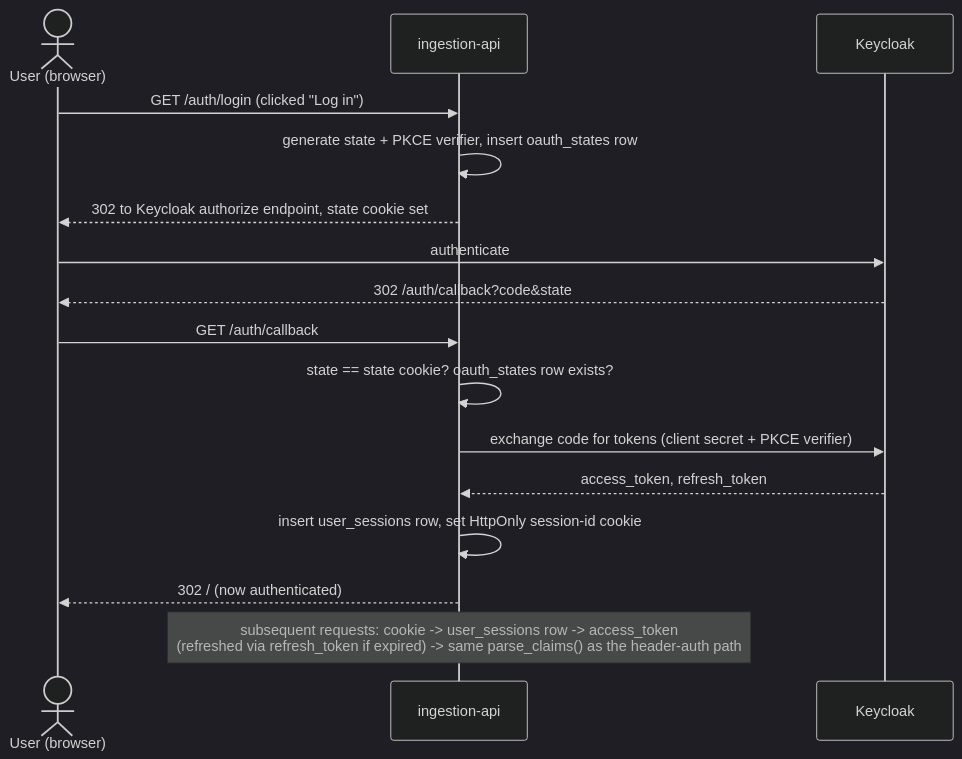
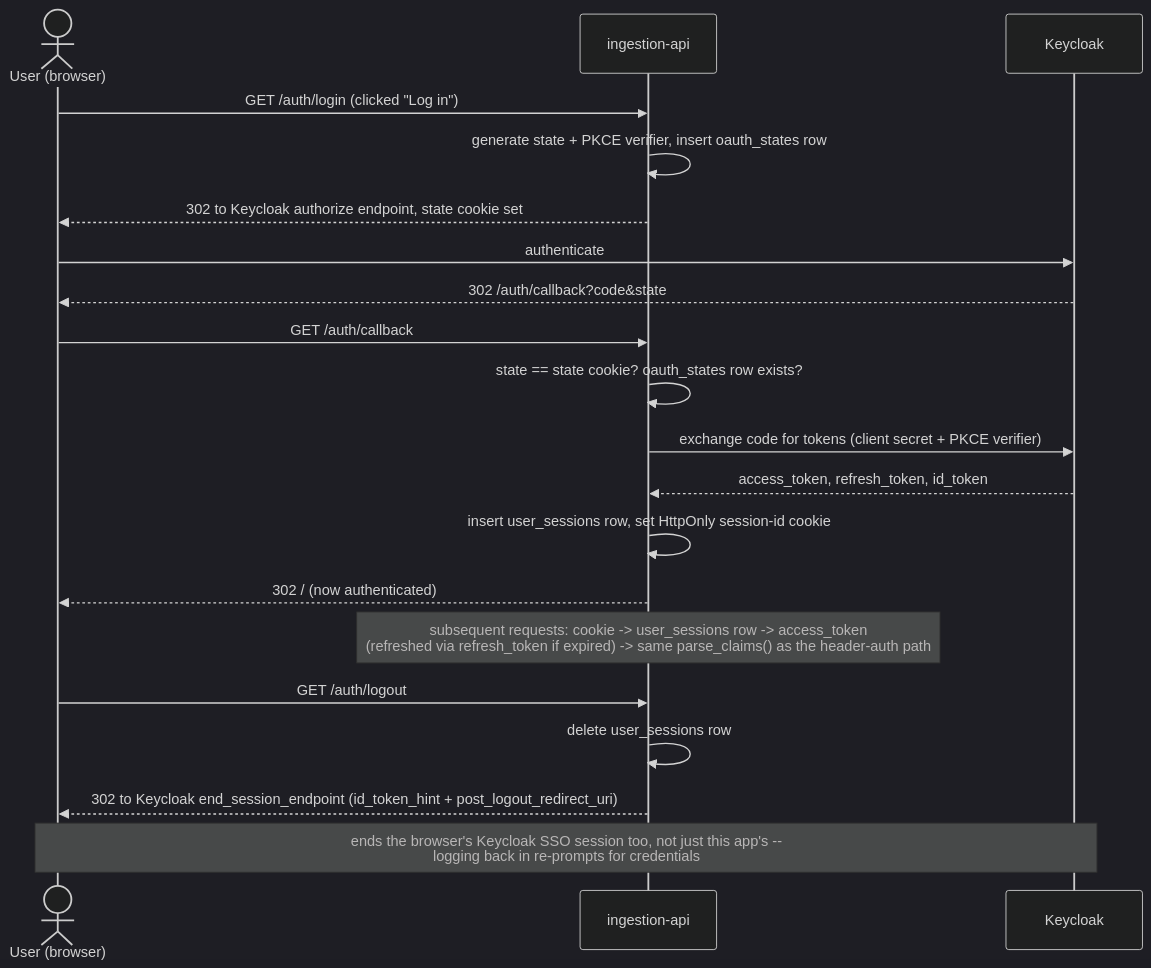
One commit to schuecl/nexus-rag changed the sixth of 8 diagrams in ARCHITECTURE.md. Above: the diagram before and after it, drawn with Mermaid (dark theme). The commit also changed other lines of this file and 6 other files, not shown here.

````diff
--- a/ARCHITECTURE.md
+++ b/ARCHITECTURE.md
@@ -198,19 +199,23 @@
 ```mermaid
 sequenceDiagram
     actor U as User (browser)
     participant I as ingestion-api
     participant KC as Keycloak
 
     U->>I: GET /auth/login (clicked "Log in")
     I->>I: generate state + PKCE verifier, insert oauth_states row
     I-->>U: 302 to Keycloak authorize endpoint, state cookie set
     U->>KC: authenticate
     KC-->>U: 302 /auth/callback?code&state
     U->>I: GET /auth/callback
     I->>I: state == state cookie? oauth_states row exists?
     I->>KC: exchange code for tokens (client secret + PKCE verifier)
-    KC-->>I: access_token, refresh_token
+    KC-->>I: access_token, refresh_token, id_token
     I->>I: insert user_sessions row, set HttpOnly session-id cookie
     I-->>U: 302 / (now authenticated)
     Note over I: subsequent requests: cookie -> user_sessions row -> access_token<br/>(refreshed via refresh_token if expired) -> same parse_claims() as the header-auth path
+    U->>I: GET /auth/logout
+    I->>I: delete user_sessions row
+    I-->>U: 302 to Keycloak end_session_endpoint (id_token_hint + post_logout_redirect_uri)
+    Note over U,KC: ends the browser's Keycloak SSO session too, not just this app's --<br/>logging back in re-prompts for credentials
 ```
````
